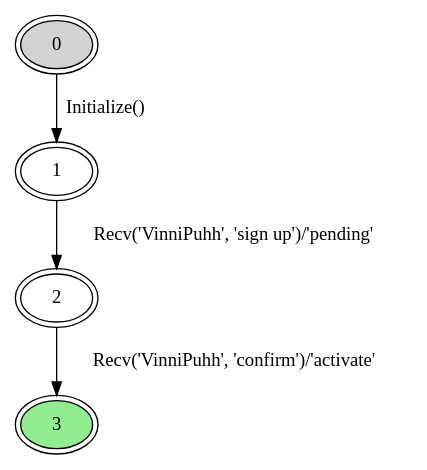
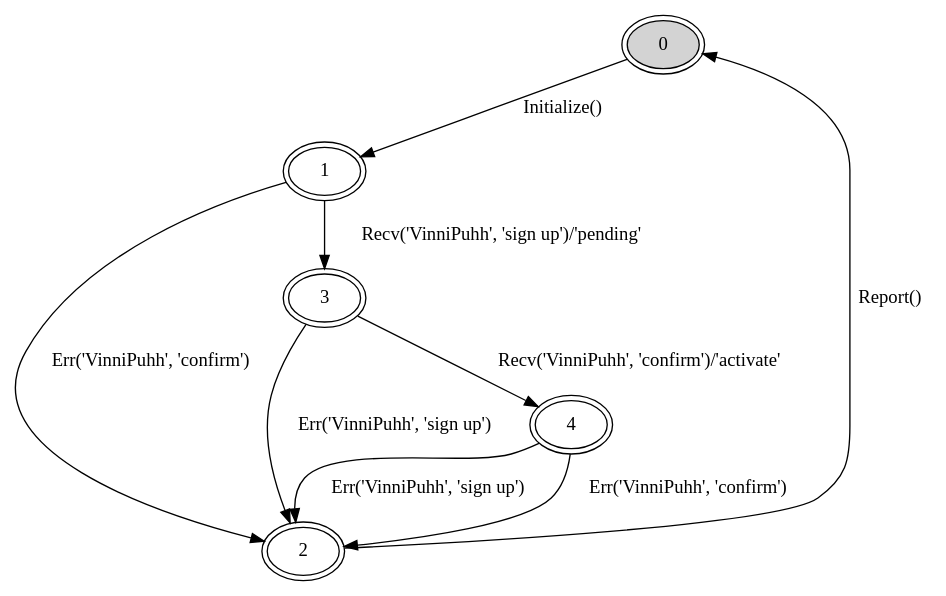
One commit to calroc/funrdf changed the diagram in mdd/EmailSignupModelFSM.dot. Above: the diagram before and after it, drawn with Graphviz. The commit also changed 3 other files, not shown here.

Commit message:
Added error reporting to the process model. (I have no idea yet if this is a good way to do this.)

```diff
--- a/mdd/EmailSignupModelFSM.dot
+++ b/mdd/EmailSignupModelFSM.dot
@@ -1,17 +1,24 @@
 digraph EmailSignupModelFSM {
 
   // Nodes
   0 [ style=filled, shape=ellipse, peripheries=2, fillcolor=lightgray,
       tooltip="{'EmailSignupModel': {'activeEmails': set([]), 'mode': 'Inactive', 'pendingEmails': set([])}}" ]
   1 [ style=filled, shape=ellipse, peripheries=2, fillcolor=white,
       tooltip="{'EmailSignupModel': {'activeEmails': set([]), 'mode': 'Running', 'pendingEmails': set([])}}" ]
   2 [ style=filled, shape=ellipse, peripheries=2, fillcolor=white,
+      tooltip="{'EmailSignupModel': {'activeEmails': set([]), 'mode': 'Error', 'pendingEmails': set([])}}" ]
+  3 [ style=filled, shape=ellipse, peripheries=2, fillcolor=white,
       tooltip="{'EmailSignupModel': {'activeEmails': set([]), 'mode': 'Running', 'pendingEmails': set(['VinniPuhh'])}}" ]
-  3 [ style=filled, shape=ellipse, peripheries=2, fillcolor=lightgreen,
+  4 [ style=filled, shape=ellipse, peripheries=2, fillcolor=white,
       tooltip="{'EmailSignupModel': {'activeEmails': set(['VinniPuhh']), 'mode': 'Running', 'pendingEmails': set([])}}" ]
 
   // Transitions
   0 -> 1 [ label="Initialize()", tooltip="Initialize()" ]
-  1 -> 2 [ label="Recv('VinniPuhh', 'sign up')/'pending'", tooltip="Recv('VinniPuhh', 'sign up')/'pending'" ]
-  2 -> 3 [ label="Recv('VinniPuhh', 'confirm')/'activate'", tooltip="Recv('VinniPuhh', 'confirm')/'activate'" ]
+  1 -> 2 [ label="Err('VinniPuhh', 'confirm')", tooltip="Err('VinniPuhh', 'confirm')" ]
+  1 -> 3 [ label="Recv('VinniPuhh', 'sign up')/'pending'", tooltip="Recv('VinniPuhh', 'sign up')/'pending'" ]
+  2 -> 0 [ label="Report()", tooltip="Report()" ]
+  3 -> 2 [ label="Err('VinniPuhh', 'sign up')", tooltip="Err('VinniPuhh', 'sign up')" ]
+  3 -> 4 [ label="Recv('VinniPuhh', 'confirm')/'activate'", tooltip="Recv('VinniPuhh', 'confirm')/'activate'" ]
+  4 -> 2 [ label="Err('VinniPuhh', 'sign up')", tooltip="Err('VinniPuhh', 'sign up')" ]
+  4 -> 2 [ label="Err('VinniPuhh', 'confirm')", tooltip="Err('VinniPuhh', 'confirm')" ]
 }
```
